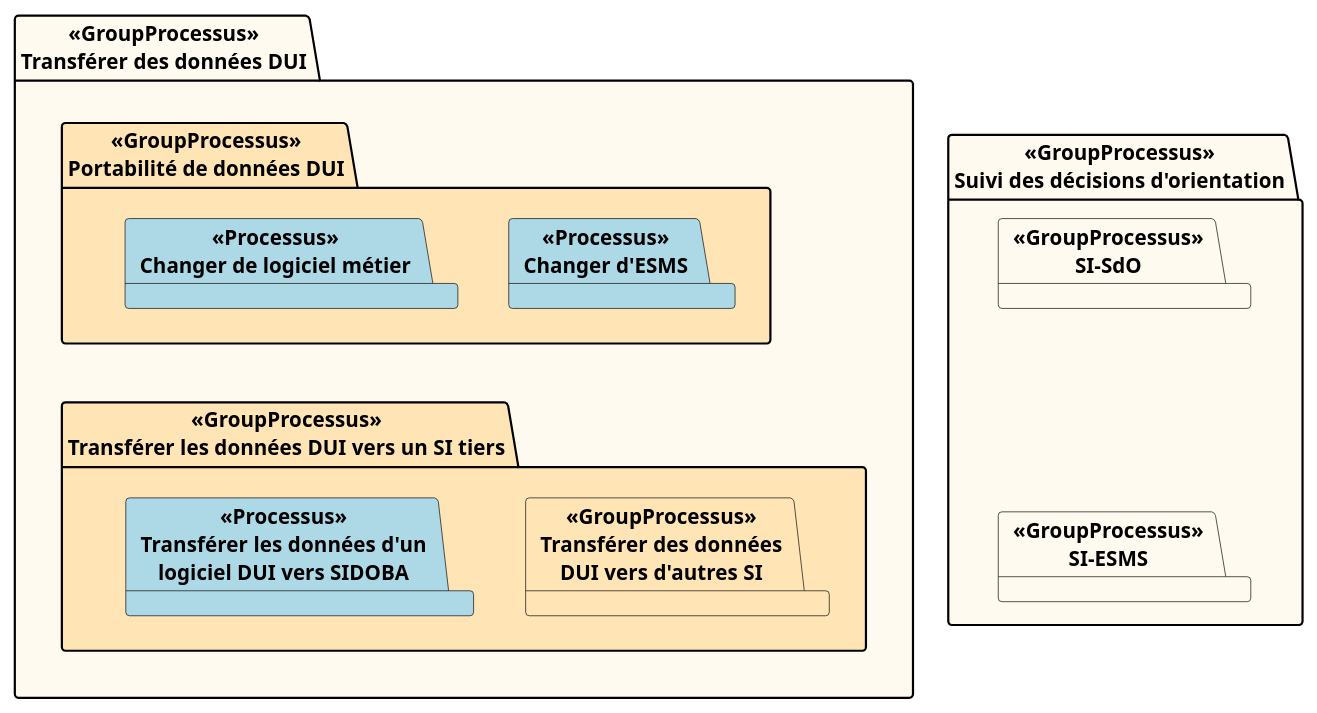
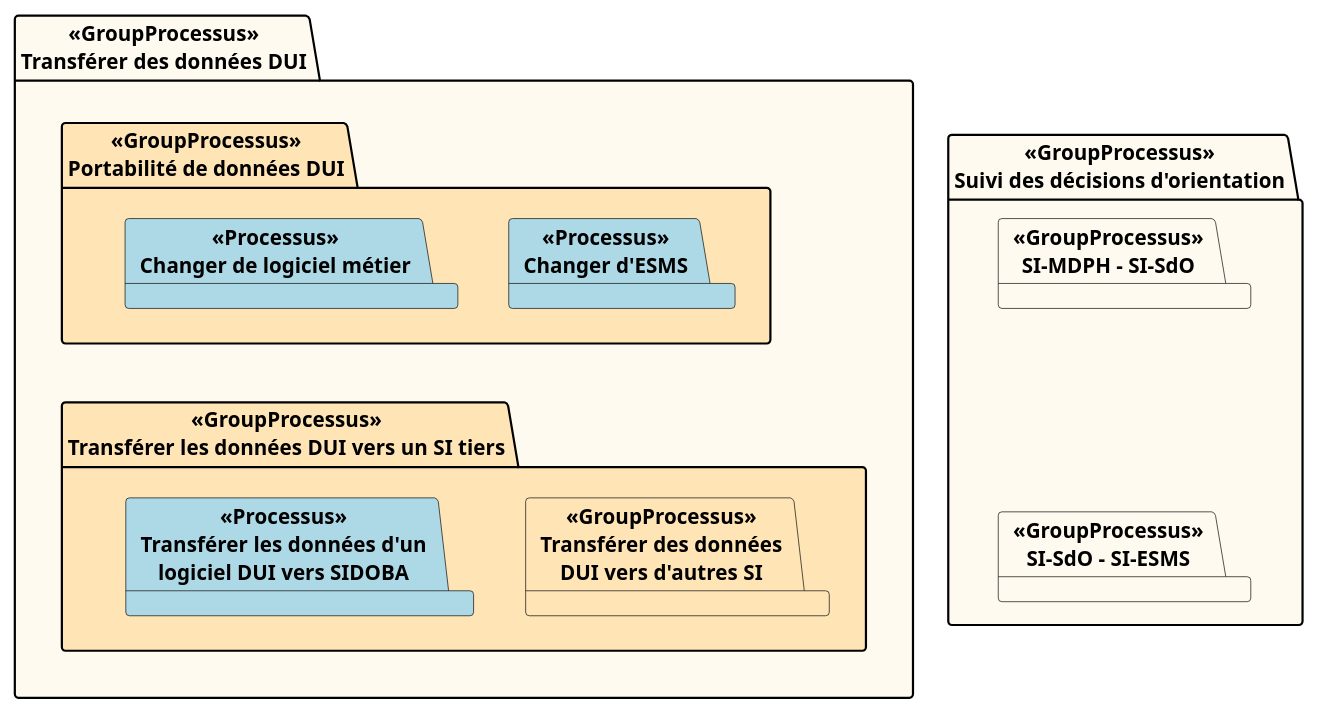
Before and after one commit to ansforge/IG-fhir-transfert-donnees-dui-esms: the diagram in input/images-source/contexte_metier.plantuml, drawn with PlantUML. The commit also changed 2 other files, not shown here.

```diff
--- a/input/images-source/contexte_metier.plantuml
+++ b/input/images-source/contexte_metier.plantuml
@@ -1,23 +1,23 @@
 @startuml
 
 package "<<GroupProcessus>>\nTransférer des données DUI" #FloralWhite {
     package "<<GroupProcessus>>\nTransférer les données DUI vers un SI tiers" as transfertSI #Moccasin {
         package "<<GroupProcessus>>\nTransférer des données\nDUI vers d'autres SI" #Moccasin
         package "<<Processus>>\nTransférer les données d'un\nlogiciel DUI vers SIDOBA" #LightBlue
     }
     package "<<GroupProcessus>>\nPortabilité de données DUI" as portabilite #Moccasin {
         package "<<Processus>>\nChanger d'ESMS" #LightBlue
         package "<<Processus>>\nChanger de logiciel métier" #LightBlue
     }
 }
 
 package "<<GroupProcessus>>\nSuivi des décisions d'orientation" #FloralWhite {
-    package "<<GroupProcessus>>\nSI-ESMS" #FloralWhite
-    package "<<GroupProcessus>>\nSI-SdO" #FloralWhite
+    package "<<GroupProcessus>>\nSI-SdO - SI-ESMS" #FloralWhite
+    package "<<GroupProcessus>>\nSI-MDPH - SI-SdO" #FloralWhite
 }
 
 portabilite -[hidden]- transfertSI
-[<<GroupProcessus>>\nSI-SdO] -[hidden]- [<<GroupProcessus>>\nSI-ESMS]
+[<<GroupProcessus>>\nSI-MDPH - SI-SdO] -[hidden]- [<<GroupProcessus>>\nSI-SdO - SI-ESMS]
 
 
 @enduml
```
